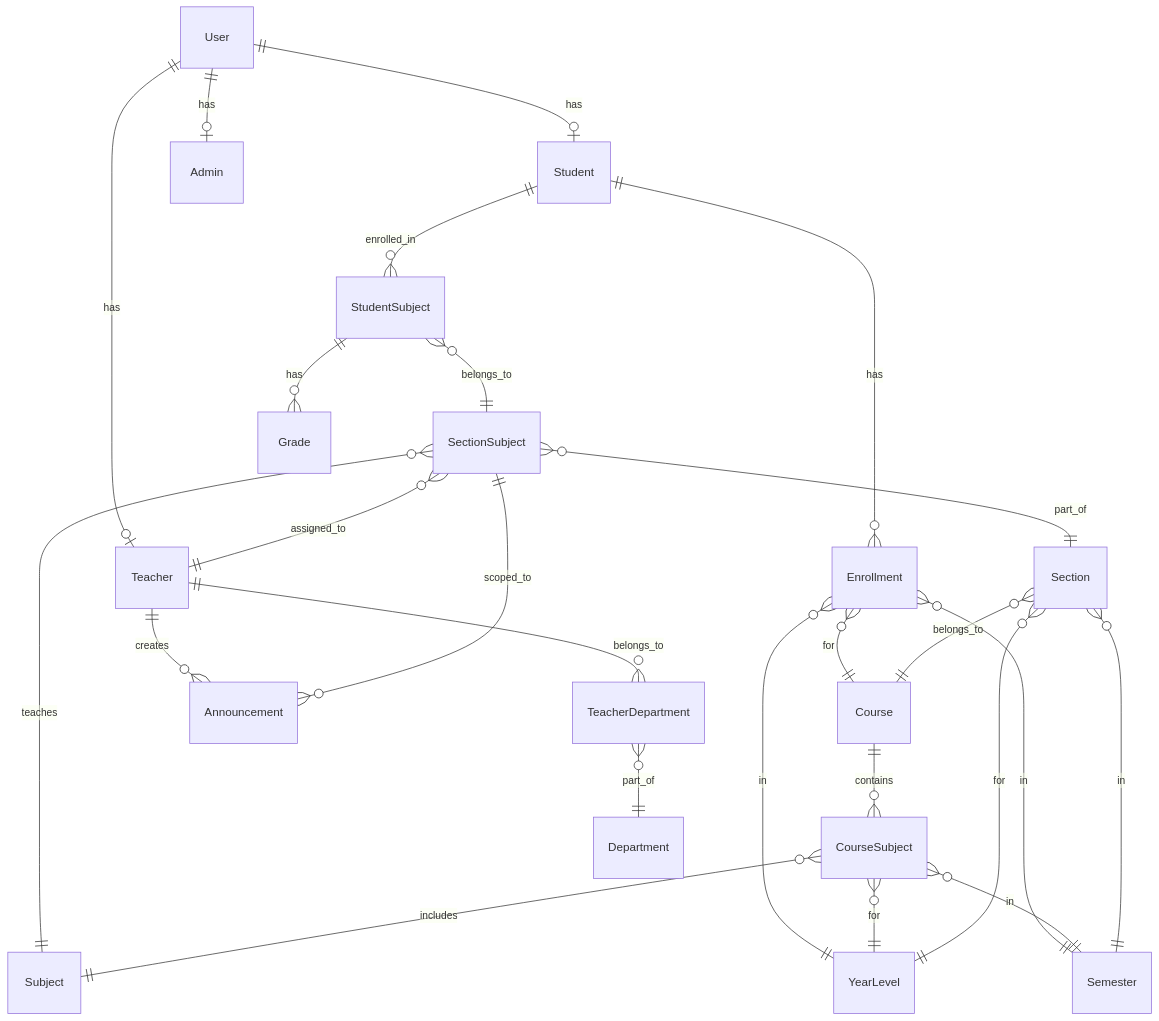
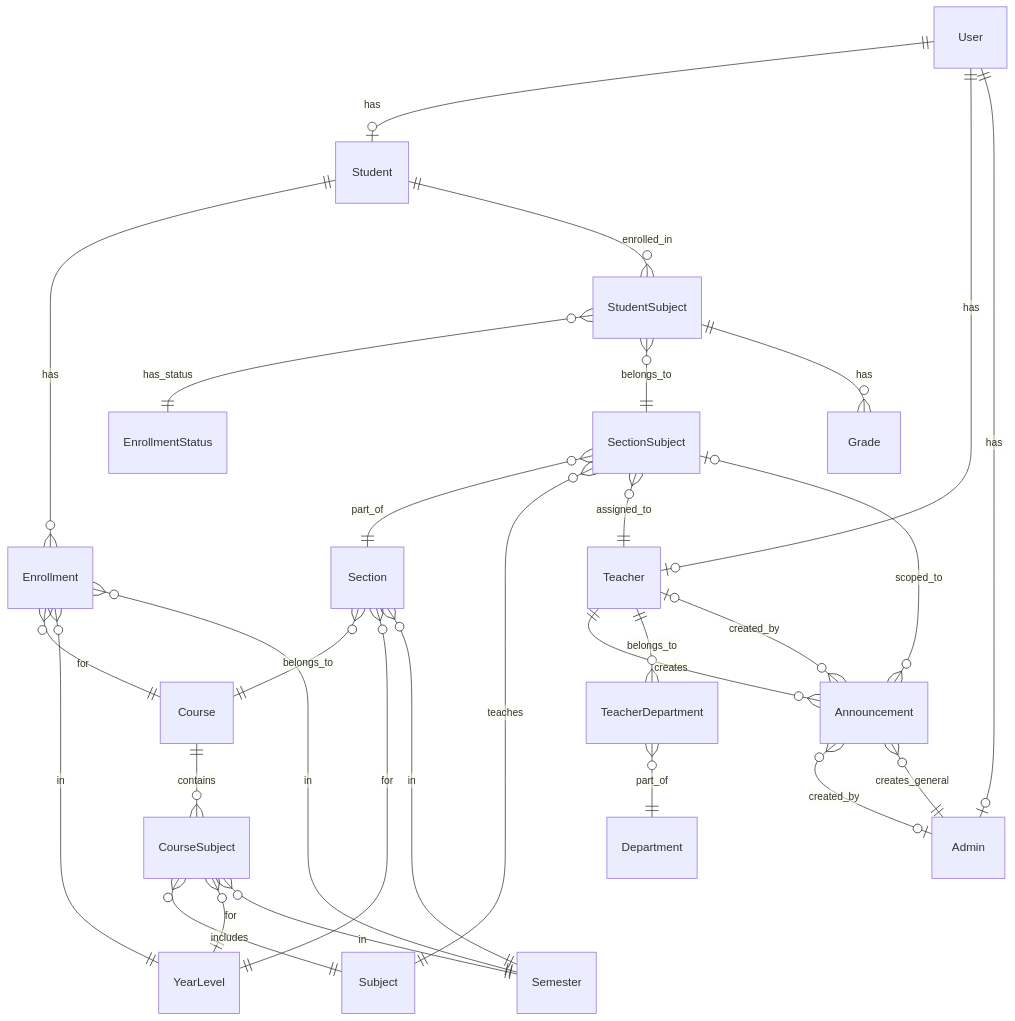
One commit to Froillan123/StudentPeformanceTracker changed the third of 6 diagrams in README.md. Above: the diagram before and after it, drawn with Mermaid. The commit also changed other lines of this file, not shown here.

````diff
--- a/README.md
+++ b/README.md
@@ -130,34 +165,38 @@
 ```mermaid
 erDiagram
     User ||--o| Student : has
     User ||--o| Teacher : has
     User ||--o| Admin : has
     
     Student ||--o{ Enrollment : has
     Student ||--o{ StudentSubject : enrolled_in
+    StudentSubject }o--|| EnrollmentStatus : has_status
     Enrollment }o--|| Course : for
     Enrollment }o--|| YearLevel : in
     Enrollment }o--|| Semester : in
     
     StudentSubject }o--|| SectionSubject : belongs_to
     StudentSubject ||--o{ Grade : has
     
     SectionSubject }o--|| Section : part_of
     SectionSubject }o--|| Subject : teaches
     SectionSubject }o--|| Teacher : assigned_to
     
     Course ||--o{ CourseSubject : contains
     CourseSubject }o--|| Subject : includes
     CourseSubject }o--|| YearLevel : for
     CourseSubject }o--|| Semester : in
     
     Section }o--|| Course : belongs_to
     Section }o--|| YearLevel : for
     Section }o--|| Semester : in
     
     Teacher ||--o{ Announcement : creates
-    Announcement }o--|| SectionSubject : scoped_to
+    Admin ||--o{ Announcement : creates_general
+    Announcement }o--o| SectionSubject : scoped_to
+    Announcement }o--o| Teacher : created_by
+    Announcement }o--o| Admin : created_by
     
     Teacher ||--o{ TeacherDepartment : belongs_to
     TeacherDepartment }o--|| Department : part_of
 ```
````
